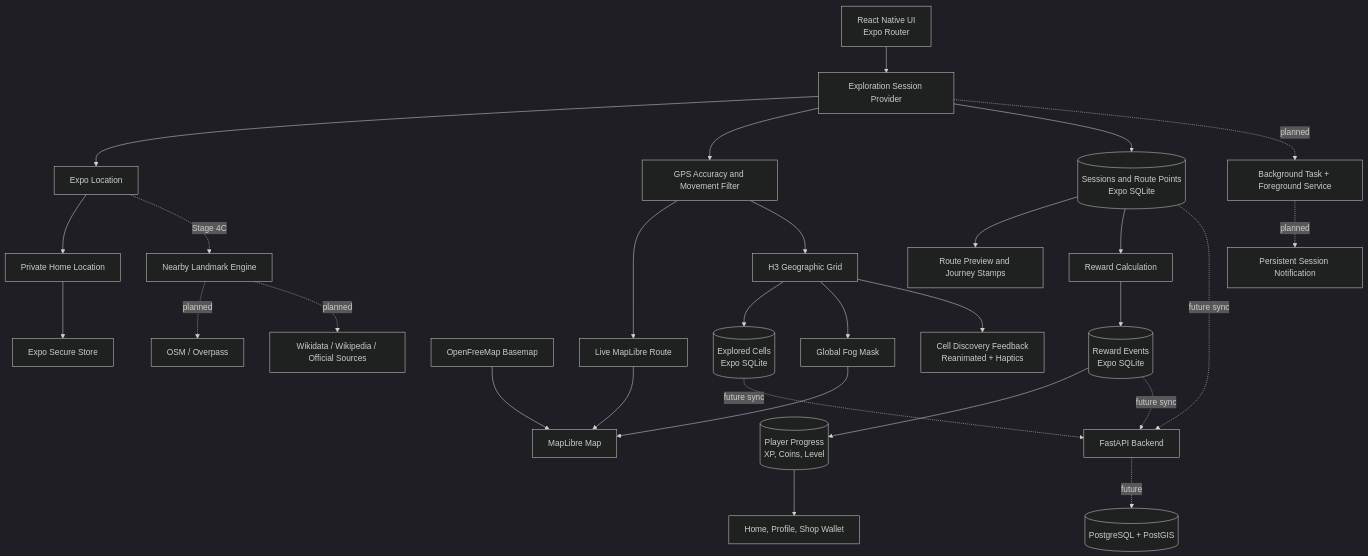
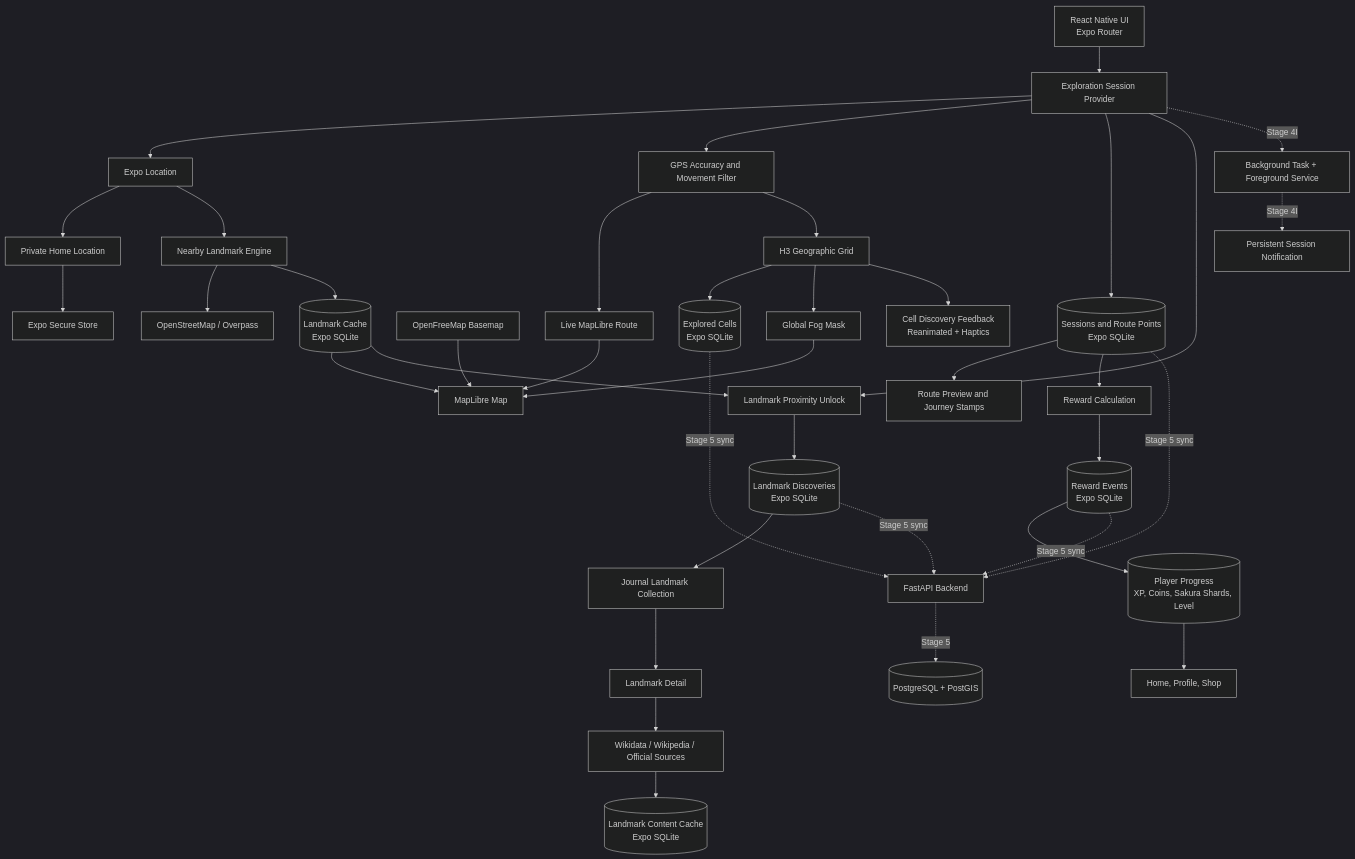
One commit to EdisonSenpai/Arukiyo changed the diagram in README.md. Above: the diagram before and after it, drawn with Mermaid (dark theme). The commit also changed other lines of this file and 21 other files, not shown here.

First line of the commit message:
feat: complete Stage 4C landmark exploration system (#9)

````diff
--- a/README.md
+++ b/README.md
@@ -352,31 +469,40 @@
 ```mermaid
 flowchart TD
     UI[React Native UI\nExpo Router] --> SESSION[Exploration Session Provider]
     SESSION --> GPS[Expo Location]
     SESSION --> FILTER[GPS Accuracy and Movement Filter]
     FILTER --> ROUTE[Live MapLibre Route]
     FILTER --> GRID[H3 Geographic Grid]
     GRID --> CELLS[(Explored Cells\nExpo SQLite)]
     GRID --> MASK[Global Fog Mask]
     BASE[OpenFreeMap Basemap] --> MAP[MapLibre Map]
     MASK --> MAP
     ROUTE --> MAP
     GRID --> DISCOVERY[Cell Discovery Feedback\nReanimated + Haptics]
     SESSION --> SESSIONS[(Sessions and Route Points\nExpo SQLite)]
     SESSIONS --> SUMMARY[Route Preview and Journey Stamps]
     SESSIONS --> REWARDS[Reward Calculation]
     REWARDS --> EVENTS[(Reward Events\nExpo SQLite)]
-    EVENTS --> PLAYER[(Player Progress\nXP, Coins, Level)]
-    PLAYER --> DASH[Home, Profile, Shop Wallet]
+    EVENTS --> PLAYER[(Player Progress\nXP, Coins, Sakura Shards, Level)]
+    PLAYER --> DASH[Home, Profile, Shop]
     GPS --> HOME[Private Home Location]
     HOME --> SECURE[Expo Secure Store]
-    GPS -. Stage 4C .-> LANDMARKS[Nearby Landmark Engine]
-    LANDMARKS -. planned .-> OSM[OSM / Overpass]
-    LANDMARKS -. planned .-> SOURCES[Wikidata / Wikipedia / Official Sources]
-    SESSION -. planned .-> BG[Background Task + Foreground Service]
-    BG -. planned .-> NOTICE[Persistent Session Notification]
-    CELLS -. future sync .-> API[FastAPI Backend]
-    SESSIONS -. future sync .-> API
-    EVENTS -. future sync .-> API
-    API -. future .-> POSTGIS[(PostgreSQL + PostGIS)]
+    GPS --> LANDMARKS[Nearby Landmark Engine]
+    LANDMARKS --> OVERPASS[OpenStreetMap / Overpass]
+    LANDMARKS --> LCACHE[(Landmark Cache\nExpo SQLite)]
+    LCACHE --> MAP
+    SESSION --> UNLOCK[Landmark Proximity Unlock]
+    LCACHE --> UNLOCK
+    UNLOCK --> LDISC[(Landmark Discoveries\nExpo SQLite)]
+    LDISC --> JOURNAL[Journal Landmark Collection]
+    JOURNAL --> DETAIL[Landmark Detail]
+    DETAIL --> SOURCES[Wikidata / Wikipedia / Official Sources]
+    SOURCES --> CONTENT[(Landmark Content Cache\nExpo SQLite)]
+    SESSION -. Stage 4I .-> BG[Background Task + Foreground Service]
+    BG -. Stage 4I .-> NOTICE[Persistent Session Notification]
+    CELLS -. Stage 5 sync .-> API[FastAPI Backend]
+    SESSIONS -. Stage 5 sync .-> API
+    EVENTS -. Stage 5 sync .-> API
+    LDISC -. Stage 5 sync .-> API
+    API -. Stage 5 .-> POSTGIS[(PostgreSQL + PostGIS)]
 ```
````
